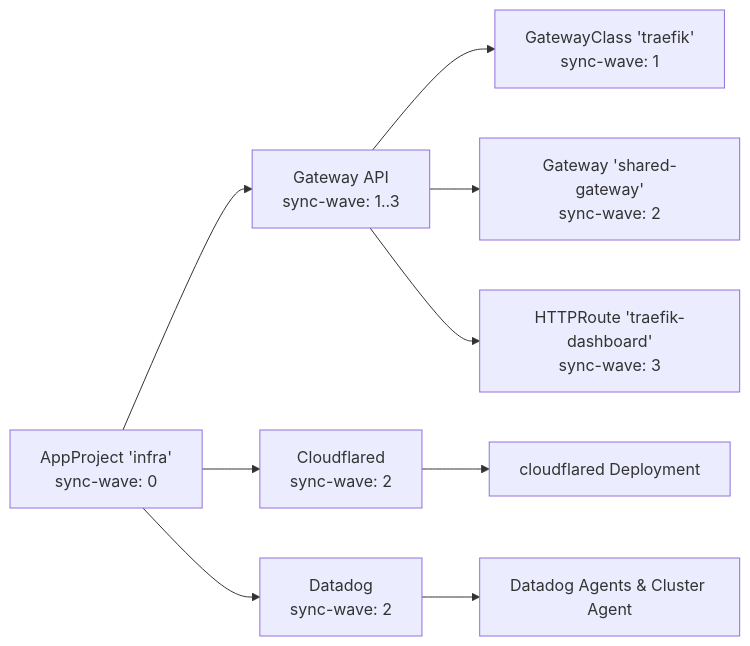
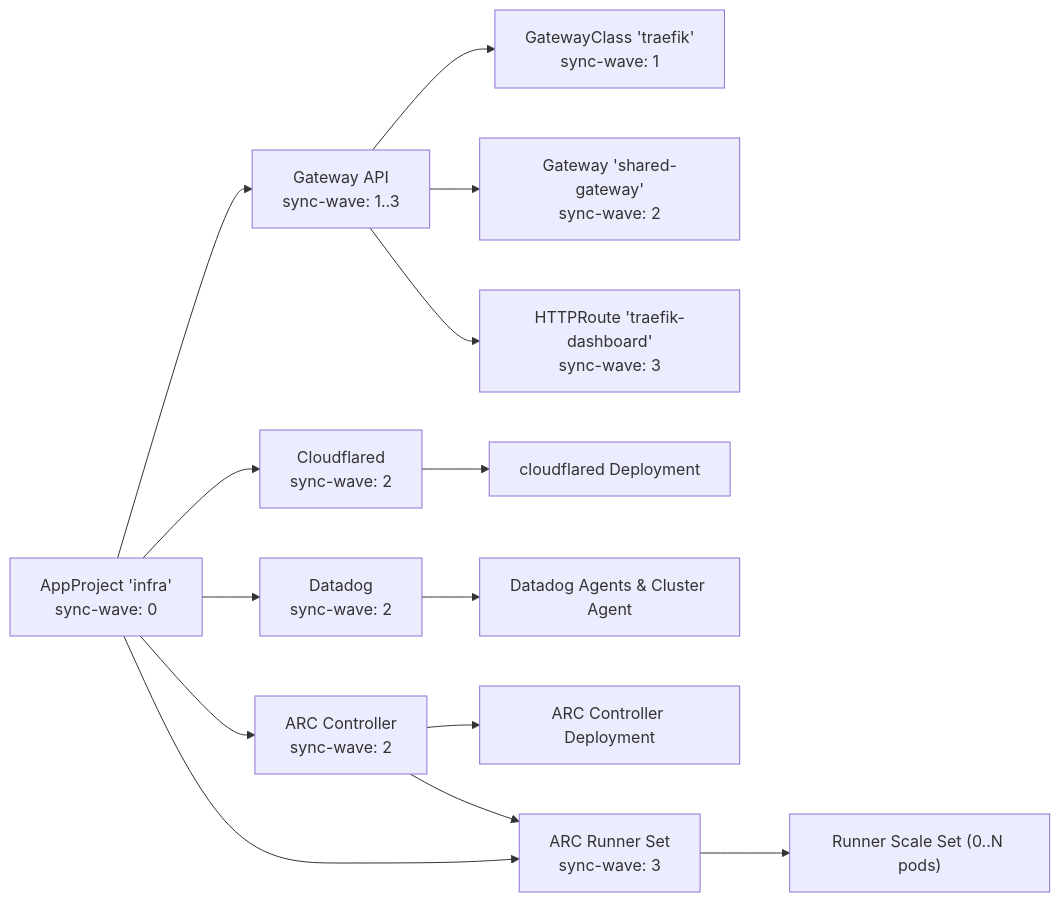
The seventh of 7 diagrams in .qoder/repowiki/en/content/Infrastructure Applications/Infrastructure Applications.md (Hoangvu75/k8s_manifest), drawn with Mermaid before and after one commit. The commit also changed other lines of this file and 3 other files, not shown here.

First line of the commit message:
docs(repowiki): update architecture, infrastructure, operational features, and playground docs

````diff
--- a/.qoder/repowiki/en/content/Infrastructure Applications/Infrastructure Applications.md
+++ b/.qoder/repowiki/en/content/Infrastructure Applications/Infrastructure Applications.md
@@ -271,11 +357,16 @@
 ```mermaid
 graph LR
 A["AppProject 'infra'<br/>sync-wave: 0"] --> B["Gateway API<br/>sync-wave: 1..3"]
 A --> C["Cloudflared<br/>sync-wave: 2"]
 A --> D["Datadog<br/>sync-wave: 2"]
+A --> E["ARC Controller<br/>sync-wave: 2"]
+A --> F["ARC Runner Set<br/>sync-wave: 3"]
 B --> B1["GatewayClass 'traefik'<br/>sync-wave: 1"]
 B --> B2["Gateway 'shared-gateway'<br/>sync-wave: 2"]
 B --> B3["HTTPRoute 'traefik-dashboard'<br/>sync-wave: 3"]
 C --> C1["cloudflared Deployment"]
 D --> D1["Datadog Agents & Cluster Agent"]
+E --> E1["ARC Controller Deployment"]
+F --> F1["Runner Scale Set (0..N pods)"]
+E --> F
 ```
````
